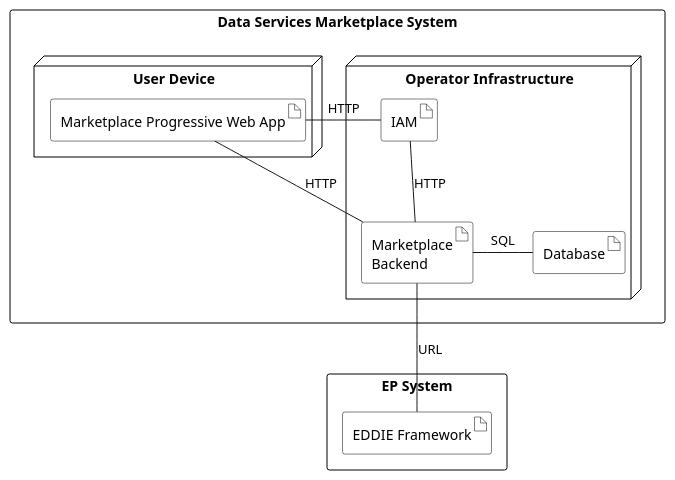
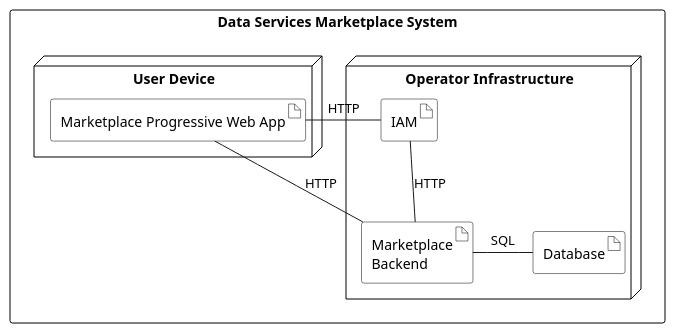
One commit to eddie-energy/architecture changed the diagram in arc42/marketplace/deployment-view/figures/deployment-diagram-option-1.puml. Above: the diagram before and after it, drawn with PlantUML. The commit also changed 14 other files, not shown here.

Commit message:
Part of #121: update runtime-view and deployment-view diagrams

```diff
--- a/arc42/marketplace/deployment-view/figures/deployment-diagram-option-1.puml
+++ b/arc42/marketplace/deployment-view/figures/deployment-diagram-option-1.puml
@@ -1,41 +1,34 @@
 @startuml deployment-diagram-marketplace
 
 ' skinparam linetype ortho
 skinparam artifact{
   BorderColor black
   BackgroundColor transparent
 }
 skinparam rectangle{
   BorderColor black
   BackgroundColor transparent
 }
 skinparam node{
   BorderColor black
   BackgroundColor transparent
 }
 
 rectangle "Data Services Marketplace System" {
   node "Operator Infrastructure" as local {    
     artifact "Marketplace\nBackend" as marketplace
     artifact "Database" as database
     artifact "IAM" as iam
 
     marketplace -right- database : SQL
     iam -down- marketplace : HTTP
   }
 node "User Device" as user {
   artifact "Marketplace Progressive Web App" as app
 }
 }
 
-rectangle "EP System" {
-  artifact "EDDIE Framework" as eddie
-}
-
 app -right- iam : HTTP
 app -right- marketplace : HTTP
-
-
-marketplace -down- eddie: URL
   
 @enduml
```
